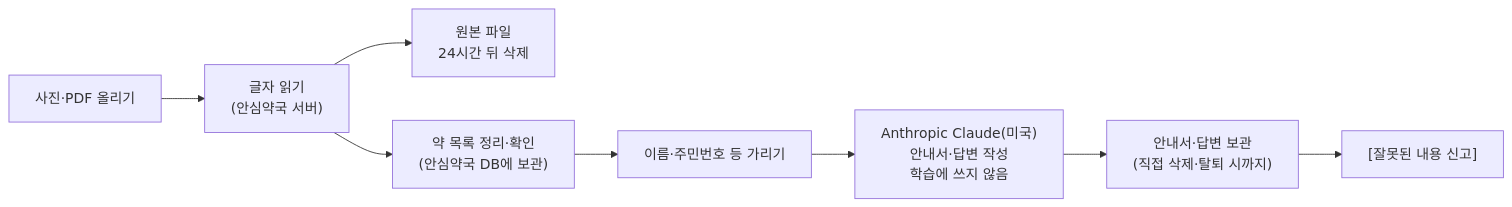
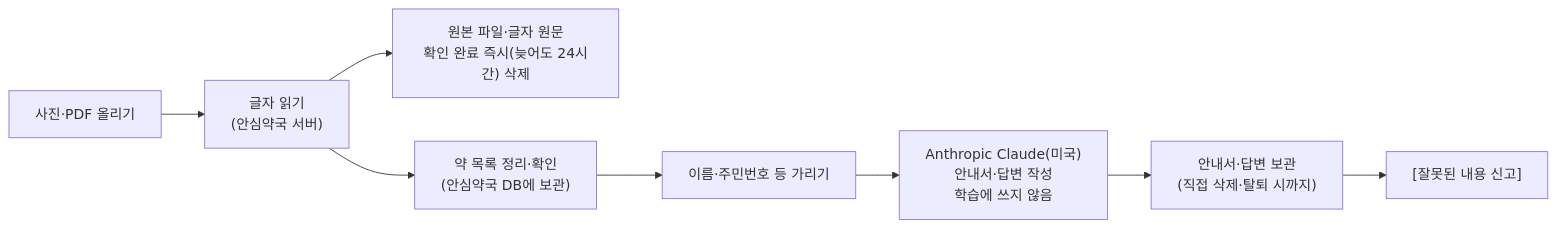
The diagram in docs/privacy_policy_draft.md (AI-HealthCare-07/ansim-pharmacy-), drawn with Mermaid before and after one commit. The commit also changed other lines of this file and 6 other files, not shown here.

````diff
--- a/docs/privacy_policy_draft.md
+++ b/docs/privacy_policy_draft.md
@@ -21,10 +23,10 @@
 ```mermaid
 flowchart LR
     A["사진·PDF 올리기"] --> B["글자 읽기<br/>(안심약국 서버)"]
-    B --> C["원본 파일<br/>24시간 뒤 삭제"]
+    B --> C["원본 파일·글자 원문<br/>확인 완료 즉시(늦어도 24시간) 삭제"]
     B --> D["약 목록 정리·확인<br/>(안심약국 DB에 보관)"]
     D --> E["이름·주민번호 등 가리기"]
     E --> F["Anthropic Claude(미국)<br/>안내서·답변 작성<br/>학습에 쓰지 않음"]
     F --> G["안내서·답변 보관<br/>(직접 삭제·탈퇴 시까지)"]
     G --> H["[잘못된 내용 신고]"]
 ```
````
